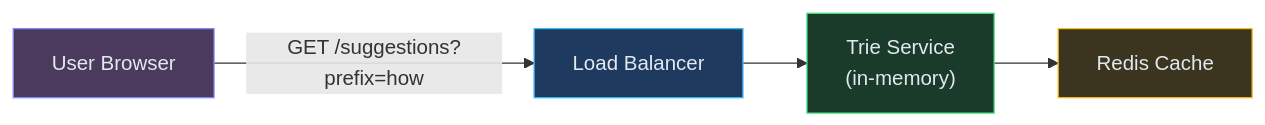
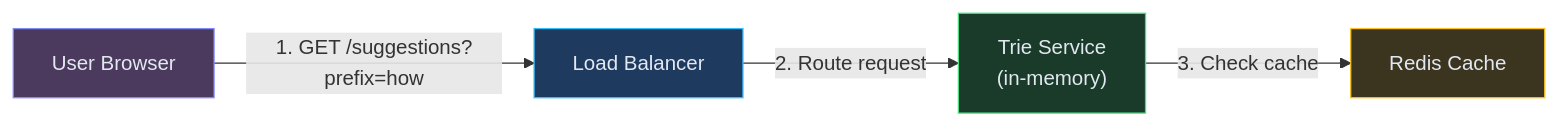
The second of 8 diagrams in content/hld/SearchAutocomplete.md (iluzn/HLD-Designs), drawn with Mermaid before and after one commit. The commit also changed other lines of this file and 27 other files, not shown here.

````diff
--- a/content/hld/SearchAutocomplete.md
+++ b/content/hld/SearchAutocomplete.md
@@ -158,16 +158,16 @@
 ```mermaid
 flowchart LR
     USER["User Browser"]:::client
     LB["Load Balancer"]:::edge
     TRIE["Trie Service<br/>(in-memory)"]:::service
     CACHE["Redis Cache"]:::data
 
-    USER -->|"GET /suggestions?prefix=how"| LB
-    LB --> TRIE
-    TRIE --> CACHE
+    USER -->|"1. GET /suggestions?prefix=how"| LB
+    LB -->|"2. Route request"| TRIE
+    TRIE -->|"3. Check cache"| CACHE
 
     classDef client fill:#4c3a5e,stroke:#818cf8,color:#e2e8f0
     classDef edge fill:#1e3a5f,stroke:#38bdf8,color:#e2e8f0
     classDef service fill:#1a3a2a,stroke:#4ade80,color:#e2e8f0
     classDef data fill:#3b3520,stroke:#fbbf24,color:#e2e8f0
 ```
````
